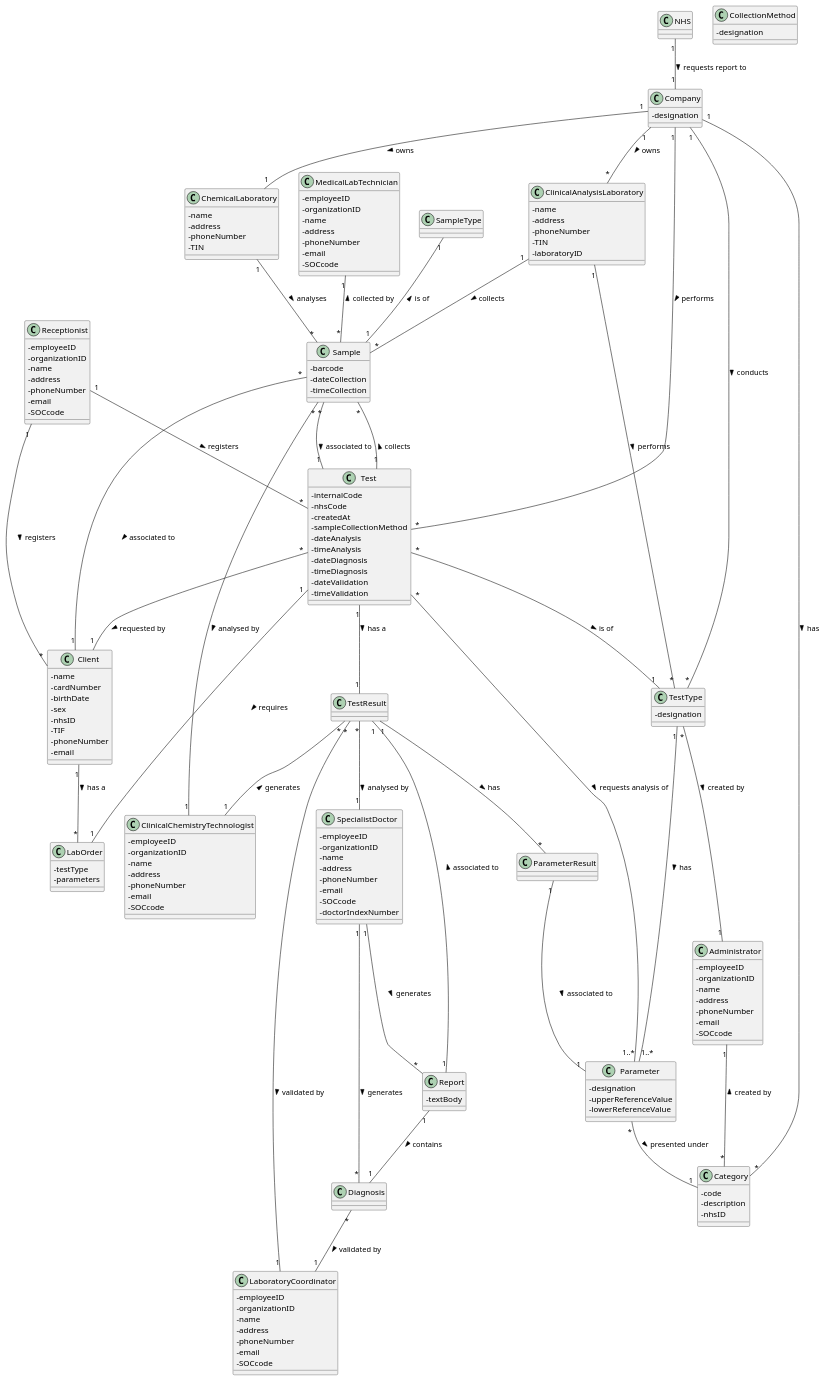
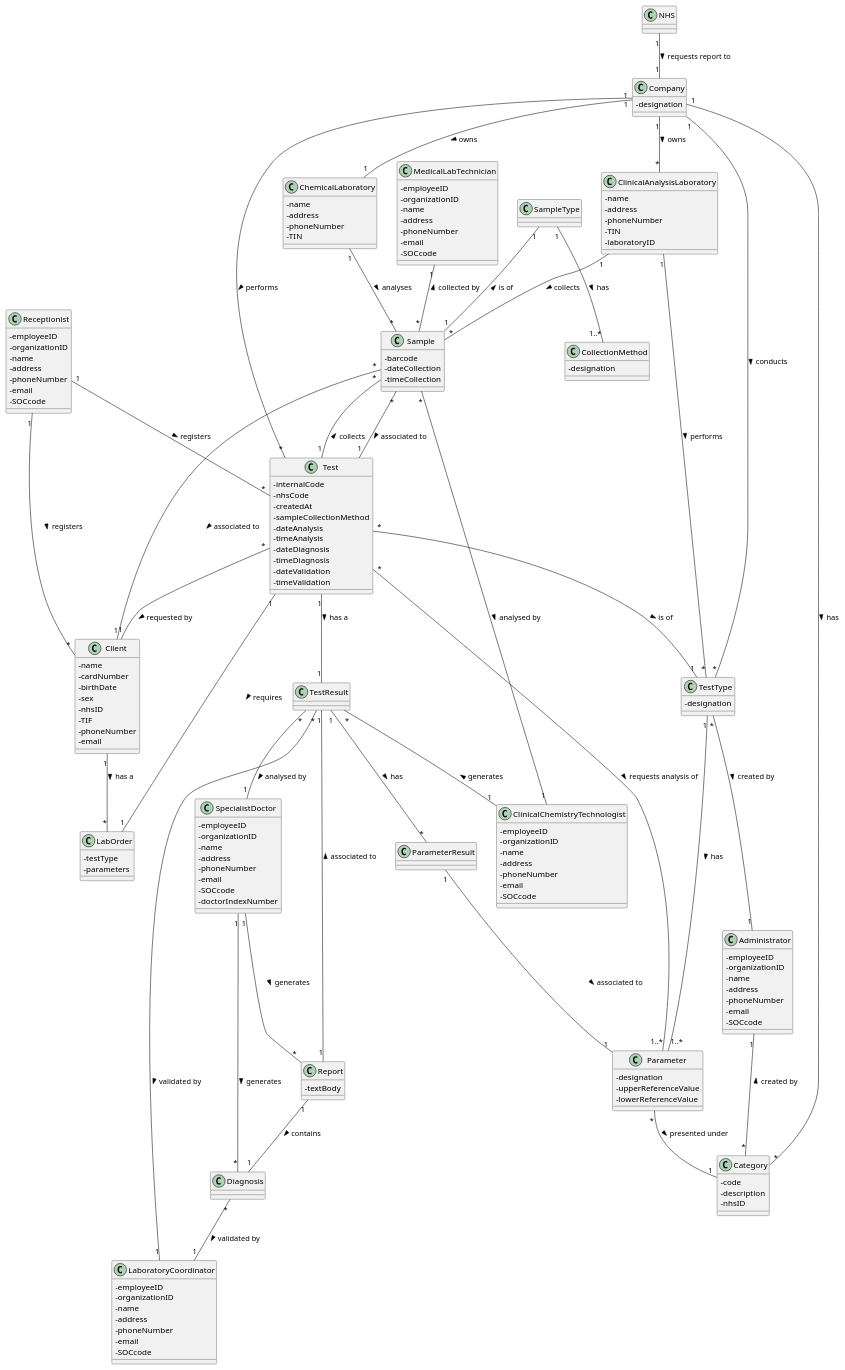
One commit to MadDinosaur/ISEP-LAPR2 changed the diagram in docs/SprintB/DM.puml. Above: the diagram before and after it, drawn with PlantUML. The commit also changed 1 other file, not shown here.

```diff
--- a/docs/SprintB/DM.puml
+++ b/docs/SprintB/DM.puml
@@ -1,168 +1,169 @@
 @startuml
 skinparam classAttributeIconSize 0
 
 class Administrator {
 -employeeID
 -organizationID
 -name
 -address
 -phoneNumber
 -email
 -SOCcode
 }
 class Category {
 -code
 -description
 -nhsID
 }
 class ChemicalLaboratory {
 -name
 -address
 -phoneNumber
 -TIN
 }
 class CollectionMethod {
 -designation
 }
 class Client {
 -name 
 -cardNumber 
 -birthDate 
 -sex 
 -nhsID
 -TIF
 -phoneNumber
 -email
 }
 class ClinicalAnalysisLaboratory {
 -name
 -address
 -phoneNumber
 -TIN
 -laboratoryID
 }
 class ClinicalChemistryTechnologist {
 -employeeID
 -organizationID
 -name
 -address
 -phoneNumber
 -email
 -SOCcode
 }
 class Company {
 -designation
 }
 class Diagnosis
 class LabOrder {
 -testType 
 -parameters 
 }
 class LaboratoryCoordinator {
 -employeeID
 -organizationID
 -name
 -address
 -phoneNumber
 -email
 -SOCcode
 }
 class MedicalLabTechnician {
 -employeeID
 -organizationID
 -name
 -address
 -phoneNumber
 -email
 -SOCcode
 }
 class NHS
 class Receptionist {
 -employeeID
 -organizationID
 -name
 -address
 -phoneNumber
 -email
 -SOCcode
 }
 class Test {
 -internalCode 
 -nhsCode
 -createdAt
 -sampleCollectionMethod
 -dateAnalysis
 -timeAnalysis
 -dateDiagnosis
 -timeDiagnosis
 -dateValidation
 -timeValidation
 }
 class Parameter {
 -designation
 -upperReferenceValue
 -lowerReferenceValue
 }
 class ParameterResult
 class Report {
 -textBody
 }
 class TestResult
 class TestType {
 -designation
 }
 class Sample {
 -barcode
 -dateCollection
 -timeCollection
 }
 class SampleType
 class SpecialistDoctor {
 -employeeID
 -organizationID
 -name
 -address
 -phoneNumber
 -email
 -SOCcode
 -doctorIndexNumber
 }
 
 Administrator "1"--"*" Category : created by <
 ChemicalLaboratory "1"--"*" Sample : analyses >
 Client "1"--"*" LabOrder : has a >
 ClinicalAnalysisLaboratory "1"--"*" Sample : collects >
 ClinicalAnalysisLaboratory "1"--"*" TestType : performs >
 ClinicalChemistryTechnologist "1"--"*" Sample : analysed by <
 Company "1"-down-"*" TestType : conducts >
 Company "1"-down-"*" Category : has >
 Company "1"-down-"*" ClinicalAnalysisLaboratory : owns >
 Company "1"-down-"1" ChemicalLaboratory : owns >
 Diagnosis "*"--"1" LaboratoryCoordinator : validated by >
 Diagnosis "*"--"1" SpecialistDoctor : generates <
 MedicalLabTechnician "1"--"*" Sample : collected by <
 NHS "1"--"1" Company : requests report to >
 Parameter "*"--"1" Category : presented under >
 ParameterResult "1"--"1" Parameter : associated to >
 Receptionist "1"--"*" Client : registers >
 Receptionist "1"--"*" Test : registers >
 Report "1"--"1" Diagnosis : contains >
 Report "1"--"1" TestResult : associated to >
 Sample "*"--"1" Client : associated to >
 Sample "*"--"1" Test : associated to >
 SampleType "1"--"1" Sample  : is of <
 SpecialistDoctor "1"--"*" Report : generates >
 Test "*"--"1" Client : requested by >
 Test "*"-up-"1" Company : performs <
 Test "*"--"1..*" Parameter : requests analysis of >
 Test "1"--"1" LabOrder : requires >
 Test "*"--"1" "TestType" : is of >
 Test "1"--"1" TestResult : has a >
 Test "1"--"*" Sample : collects >
 TestResult "*"--"1" LaboratoryCoordinator : validated by >
 TestResult "*"--"1" SpecialistDoctor : analysed by >
 TestResult "*"--"1" ClinicalChemistryTechnologist : generates <
 TestResult "1"--"*" ParameterResult : has >
 TestType "*"--"1" Administrator : created by >
 TestType "1"--"1..*" Parameter : has >
+SampleType "1"--"1..*" CollectionMethod : has >
 @enduml
```
